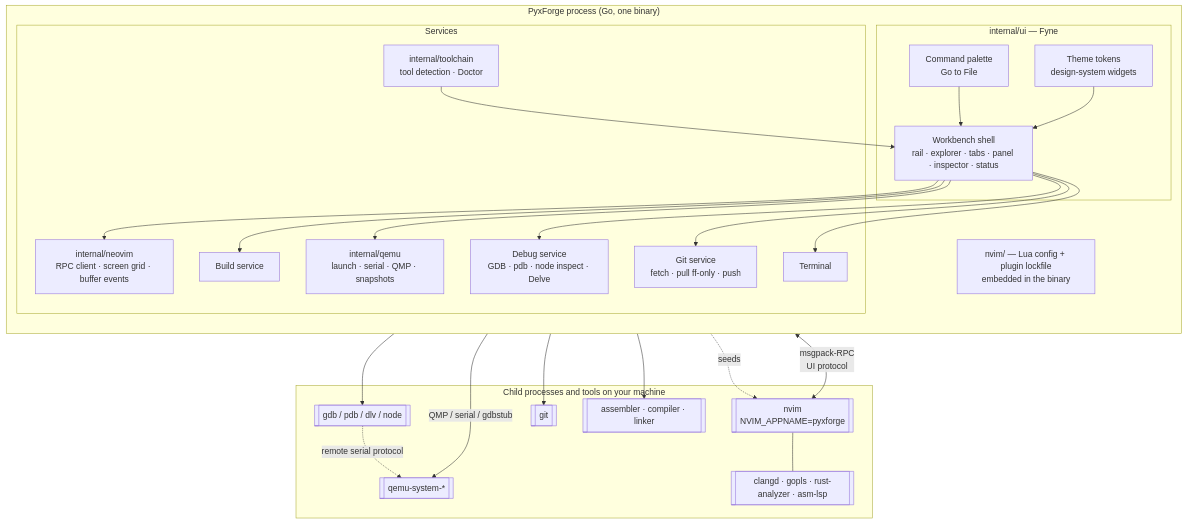
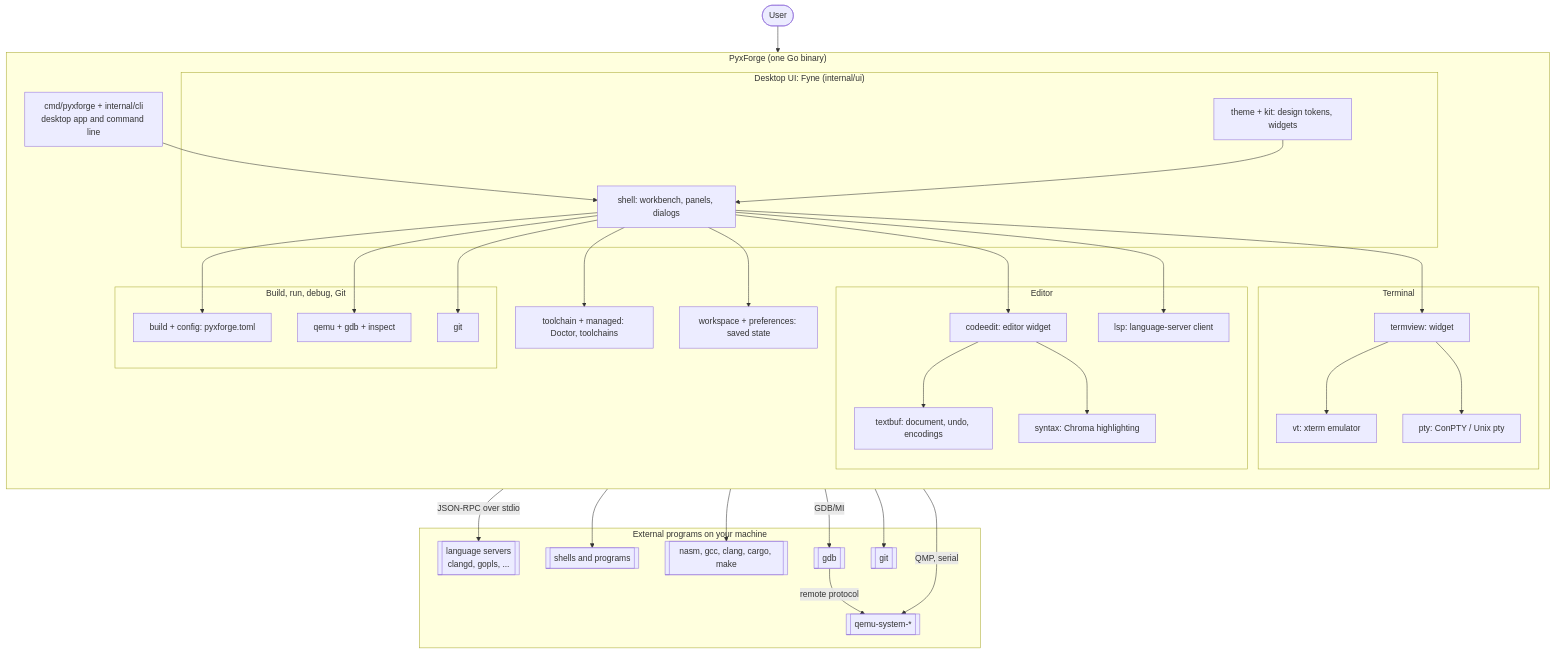
One commit to obstinix/PyxForge changed the first of 2 diagrams in README.md. Above: the diagram before and after it, drawn with Mermaid. The commit also changed other lines of this file and 12 other files, not shown here.

First line of the commit message:
docs(readme): rewrite the README for the current architecture

````diff
--- a/README.md
+++ b/README.md
@@ -93,49 +150,53 @@
 ```mermaid
 flowchart TB
-    subgraph APP["PyxForge process (Go, one binary)"]
+    User([User])
+    subgraph APP["PyxForge (one Go binary)"]
         direction TB
-        subgraph UI["internal/ui — Fyne"]
-            SHELL["Workbench shell<br/>rail · explorer · tabs · panel · inspector · status"]
-            PAL["Command palette<br/>Go to File"]
-            THEME["Theme tokens<br/>design-system widgets"]
+        CLI["cmd/pyxforge + internal/cli<br/>desktop app and command line"]
+        subgraph UI["Desktop UI: Fyne (internal/ui)"]
+            SHELL["shell: workbench, panels, dialogs"]
+            THEME["theme + kit: design tokens, widgets"]
         end
-        subgraph SVC["Services"]
-            NVC["internal/neovim<br/>RPC client · screen grid · buffer events"]
-            TC["internal/toolchain<br/>tool detection · Doctor"]
-            BLD["Build service"]
-            QMU["internal/qemu<br/>launch · serial · QMP · snapshots"]
-            DBG["Debug service<br/>GDB · pdb · node inspect · Delve"]
-            GIT["Git service<br/>fetch · pull ff-only · push"]
-            TERM["Terminal"]
+        subgraph ED["Editor"]
+            CODE["codeedit: editor widget"]
+            BUF["textbuf: document, undo, encodings"]
+            SYN["syntax: Chroma highlighting"]
+            LSPC["lsp: language-server client"]
         end
-        CFG["nvim/ — Lua config + plugin lockfile<br/>embedded in the binary"]
+        subgraph TERM["Terminal"]
+            TV["termview: widget"]
+            VT["vt: xterm emulator"]
+            PTY["pty: ConPTY / Unix pty"]
+        end
+        subgraph TOOLS["Build, run, debug, Git"]
+            BLD["build + config: pyxforge.toml"]
+            QG["qemu + gdb + inspect"]
+            GITP["git"]
+        end
+        TC["toolchain + managed: Doctor, toolchains"]
+        PERS["workspace + preferences: saved state"]
     end
-
-    subgraph EXT["Child processes and tools on your machine"]
-        NVIM[["nvim<br/>NVIM_APPNAME=pyxforge"]]
-        QEMU[["qemu-system-*"]]
-        GDB[["gdb / pdb / dlv / node"]]
-        GITB[["git"]]
-        CC[["assembler · compiler · linker"]]
-        LSP[["clangd · gopls · rust-analyzer · asm-lsp"]]
+    subgraph EXT["External programs on your machine"]
+        LS[["language servers<br/>clangd, gopls, ..."]]
+        SH[["shells and programs"]]
+        CC[["nasm, gcc, clang, cargo, make"]]
+        QE[["qemu-system-*"]]
+        GD[["gdb"]]
+        GT[["git"]]
     end
-
-    SHELL --> NVC
-    SHELL --> BLD
-    SHELL --> QMU
-    SHELL --> DBG
-    SHELL --> GIT
-    SHELL --> TERM
-    PAL --> SHELL
+    User --> CLI --> SHELL
     THEME --> SHELL
-    TC --> SHELL
-
-    CFG -. seeds .-> NVIM
-    NVC <-- "msgpack-RPC<br/>UI protocol" --> NVIM
-    NVIM --- LSP
-    BLD --> CC
-    QMU -- "QMP / serial / gdbstub" --> QEMU
-    DBG --> GDB
-    GDB -. "remote serial protocol" .-> QEMU
-    GIT --> GITB
+    SHELL --> CODE --> BUF
+    CODE --> SYN
+    SHELL --> LSPC -- "JSON-RPC over stdio" --> LS
+    SHELL --> TV --> VT
+    TV --> PTY --> SH
+    SHELL --> BLD --> CC
+    SHELL --> QG
+    QG -- "QMP, serial" --> QE
+    QG -- "GDB/MI" --> GD
+    GD -- "remote protocol" --> QE
+    SHELL --> GITP --> GT
+    SHELL --> TC
+    SHELL --> PERS
 ```
````
